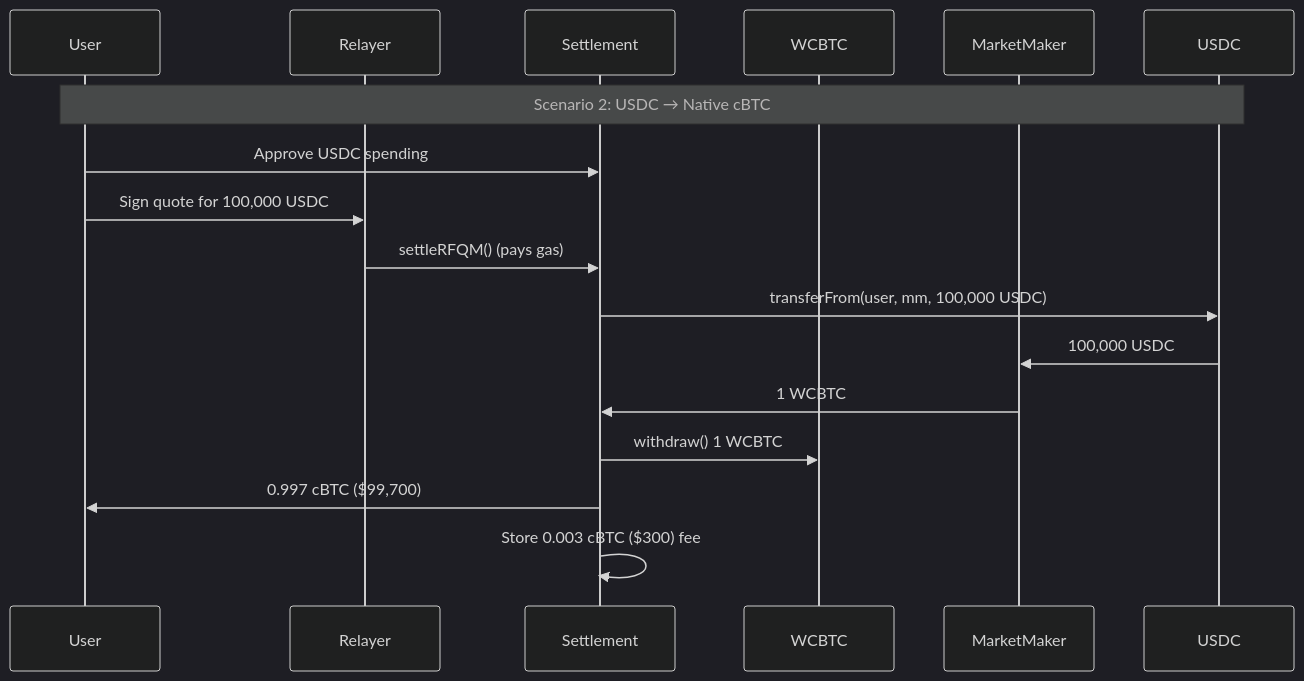
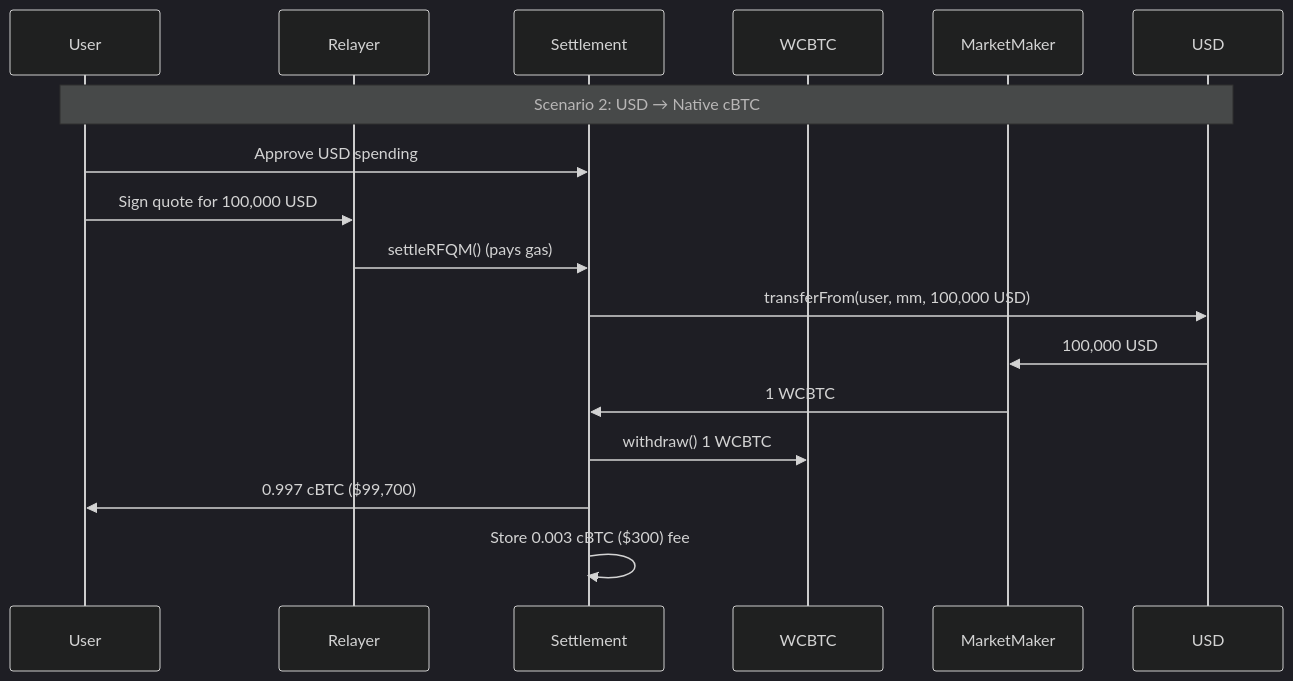
One commit to crest-bitcoin/docs changed the third of 4 diagrams in trading/rfqm.mdx. Above: the diagram before and after it, drawn with Mermaid (dark theme). The commit also changed other lines of this file and 6 other files, not shown here.

````diff
--- a/trading/rfqm.mdx
+++ b/trading/rfqm.mdx
@@ -94,20 +94,20 @@
 ```mermaid
 sequenceDiagram
     participant User
     participant Relayer
     participant Settlement
     participant WCBTC
     participant MarketMaker
-    participant USDC
+    participant USD
 
-    Note over User,USDC: Scenario 2: USDC → Native cBTC
-    User->>Settlement: Approve USDC spending
-    User->>Relayer: Sign quote for 100,000 USDC
+    Note over User,USD: Scenario 2: USD → Native cBTC
+    User->>Settlement: Approve USD spending
+    User->>Relayer: Sign quote for 100,000 USD
     Relayer->>Settlement: settleRFQM() (pays gas)
-    Settlement->>USDC: transferFrom(user, mm, 100,000 USDC)
-    USDC->>MarketMaker: 100,000 USDC
+    Settlement->>USD: transferFrom(user, mm, 100,000 USD)
+    USD->>MarketMaker: 100,000 USD
     MarketMaker->>Settlement: 1 WCBTC
     Settlement->>WCBTC: withdraw() 1 WCBTC
     Settlement->>User: 0.997 cBTC ($99,700)
     Settlement->>Settlement: Store 0.003 cBTC ($300) fee
 ```
````
